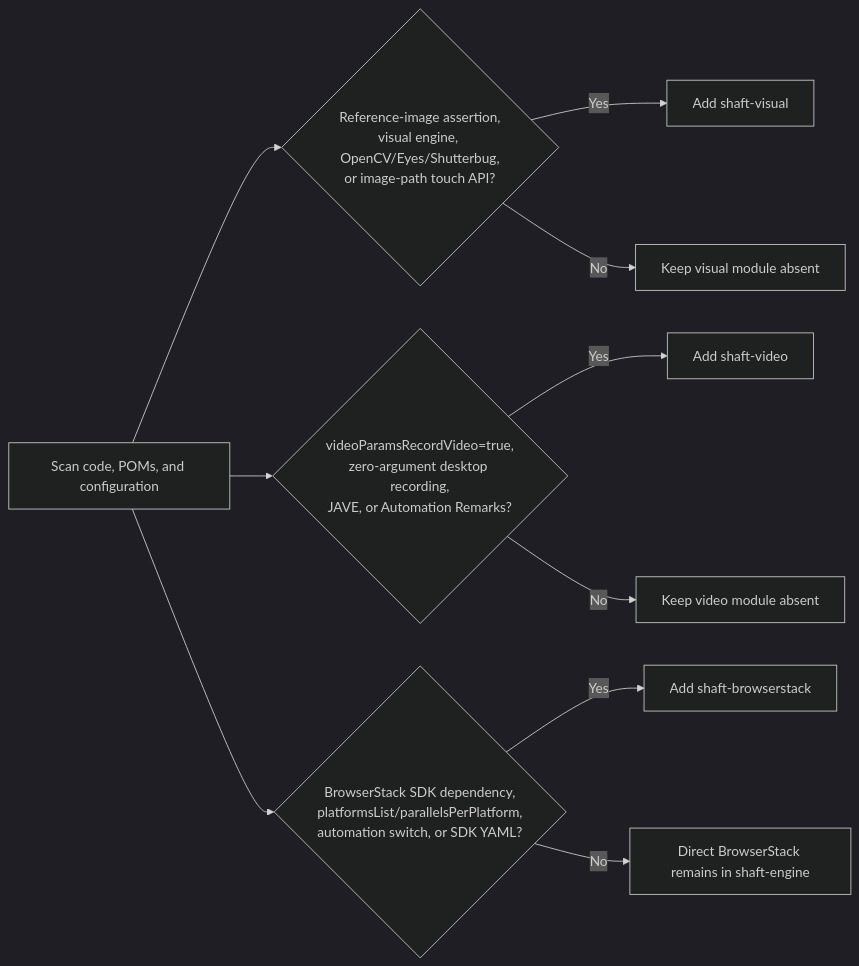
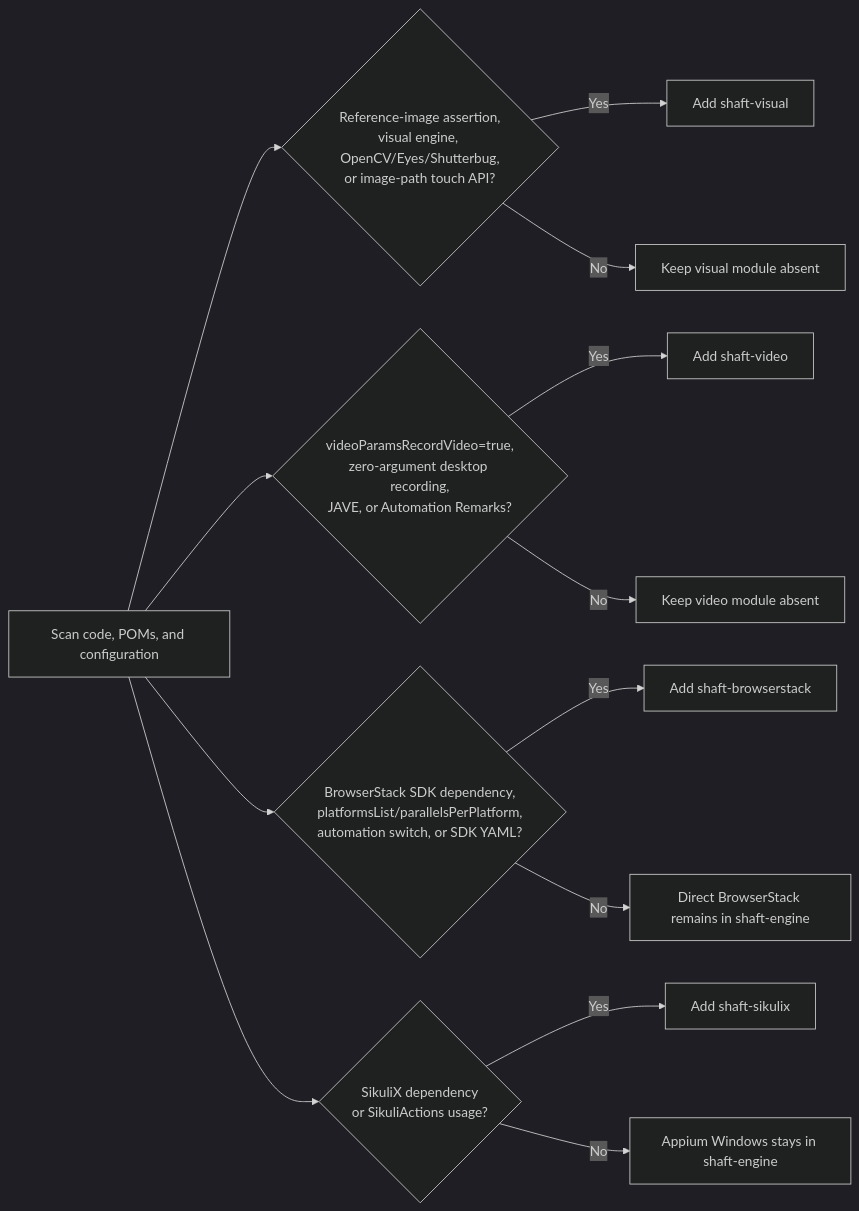
Before and after one commit to ShaftHQ/shafthq.github.io: the second of 4 diagrams in docs/start/upgrade.mdx, drawn with Mermaid (dark theme). The commit also changed other lines of this file and 9 other files, not shown here.

````diff
--- a/docs/start/upgrade.mdx
+++ b/docs/start/upgrade.mdx
@@ -255,13 +256,16 @@
 ```mermaid
 flowchart LR
     Scan["Scan code, POMs, and configuration"] --> Visual{"Reference-image assertion,<br/>visual engine, OpenCV/Eyes/Shutterbug,<br/>or image-path touch API?"}
     Scan --> Video{"videoParamsRecordVideo=true,<br/>zero-argument desktop recording,<br/>JAVE, or Automation Remarks?"}
     Scan --> BrowserStack{"BrowserStack SDK dependency,<br/>platformsList/parallelsPerPlatform,<br/>automation switch, or SDK YAML?"}
+    Scan --> SikuliX{"SikuliX dependency<br/>or SikuliActions usage?"}
 
     Visual -- Yes --> AddVisual["Add shaft-visual"]
     Visual -- No --> CoreVisual["Keep visual module absent"]
     Video -- Yes --> AddVideo["Add shaft-video"]
     Video -- No --> CoreVideo["Keep video module absent"]
     BrowserStack -- Yes --> AddBrowserStack["Add shaft-browserstack"]
     BrowserStack -- No --> Direct["Direct BrowserStack remains in shaft-engine"]
+    SikuliX -- Yes --> AddSikuliX["Add shaft-sikulix"]
+    SikuliX -- No --> CoreDesktop["Appium Windows stays in shaft-engine"]
 ```
````
